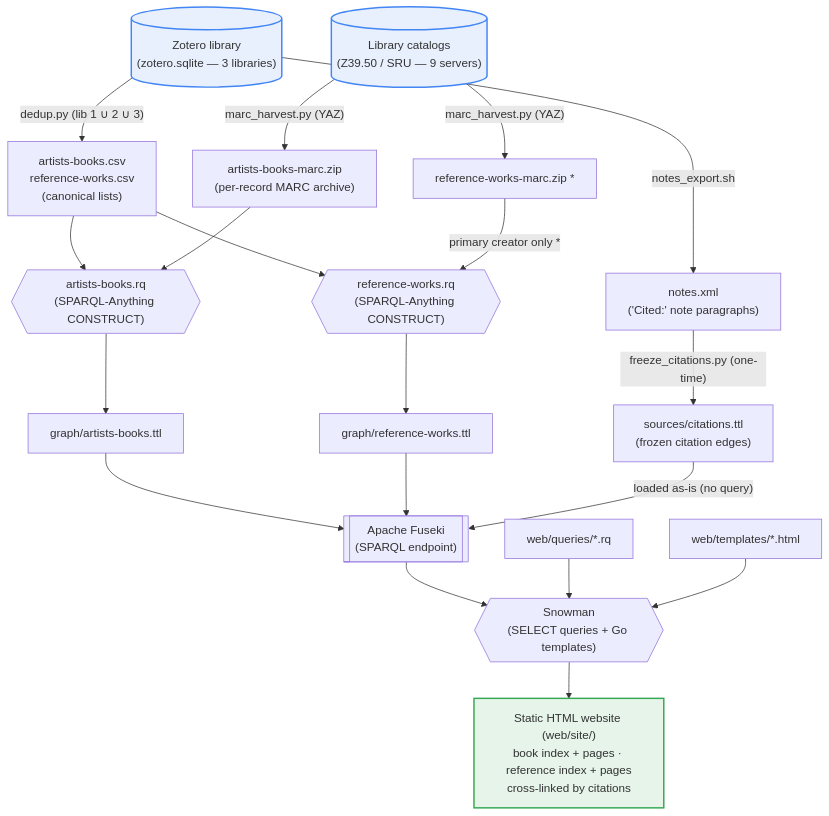
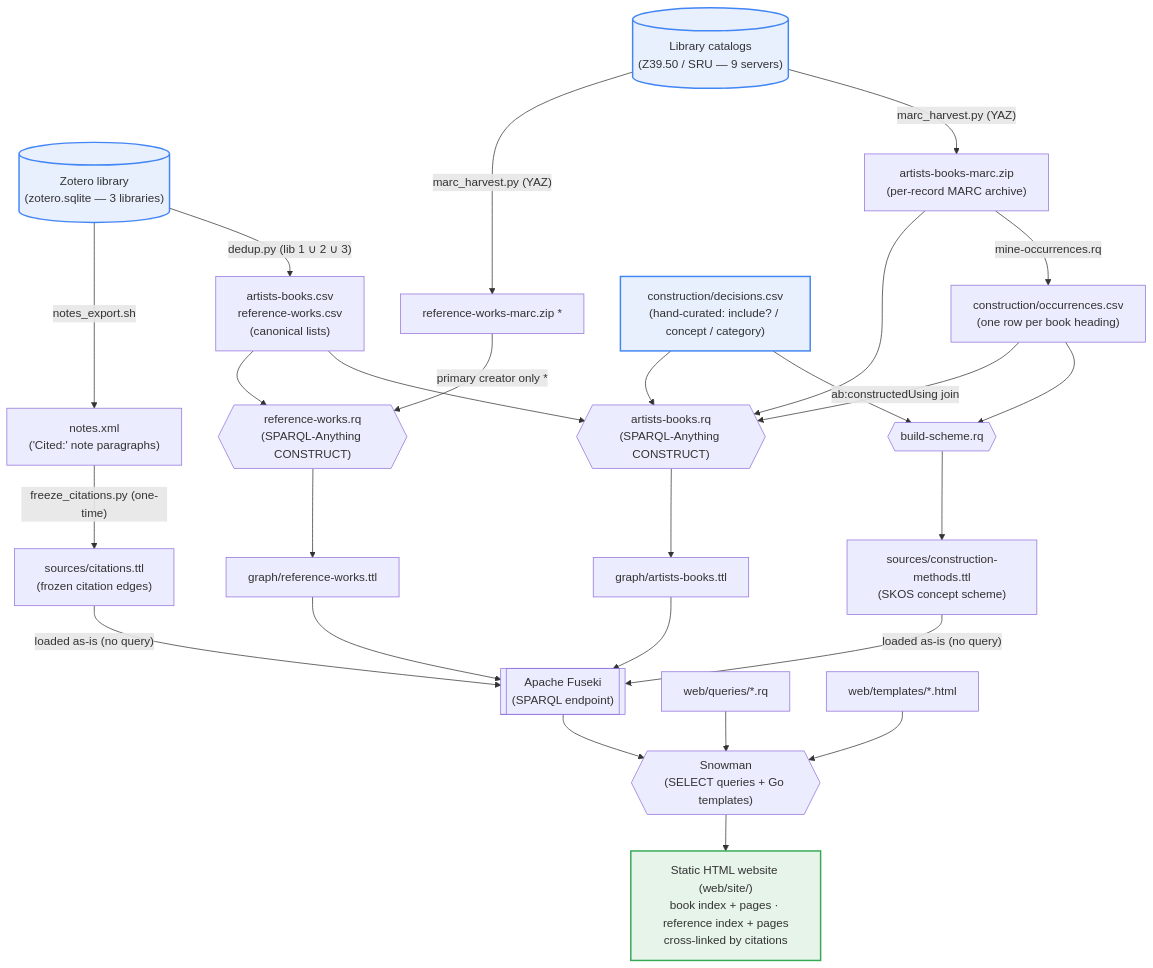
One commit to dkglab/artists-books changed the diagram in docs/PIPELINE.md. Above: the diagram before and after it, drawn with Mermaid. The commit also changed other lines of this file and 1 other file, not shown here.

First line of the commit message:
docs: document the construction-methods vocabulary in README + PIPELINE

````diff
--- a/docs/PIPELINE.md
+++ b/docs/PIPELINE.md
@@ -5,41 +5,50 @@
 ```mermaid
 flowchart TD
     %% ---- Inputs ----
     zotero[("Zotero library<br/>(zotero.sqlite — 3 libraries)")]
     catalogs[("Library catalogs<br/>(Z39.50 / SRU — 9 servers)")]
 
     %% ---- Stage 1: source extraction + one-time Phase-0 freeze (issue #82) ----
     zotero -->|"dedup.py (lib 1 ∪ 2 ∪ 3)"| csvs["artists-books.csv<br/>reference-works.csv<br/>(canonical lists)"]
     zotero -->|"notes_export.sh"| notes["notes.xml<br/>('Cited:' note paragraphs)"]
     notes -->|"freeze_citations.py (one-time)"| citttl["sources/citations.ttl<br/>(frozen citation edges)"]
 
     catalogs -->|"marc_harvest.py (YAZ)"| marc["artists-books-marc.zip<br/>(per-record MARC archive)"]
     catalogs -->|"marc_harvest.py (YAZ)"| refmarc["reference-works-marc.zip *"]
 
+    %% ---- Construction-methods SKOS vocabulary (mined from the book MARC) ----
+    marc -->|"mine-occurrences.rq"| cocc["construction/occurrences.csv<br/>(one row per book heading)"]
+    cocc --> cbuild{{"build-scheme.rq"}}
+    cdec["construction/decisions.csv<br/>(hand-curated: include? / concept / category)"] --> cbuild
+    cbuild --> cmttl["sources/construction-methods.ttl<br/>(SKOS concept scheme)"]
+
     %% ---- Stage 2: CONSTRUCT queries (SPARQL-Anything) ----
     csvs --> abrq{{"artists-books.rq<br/>(SPARQL-Anything CONSTRUCT)"}}
     marc --> abrq
+    cocc -->|"ab:constructedUsing join"| abrq
+    cdec --> abrq
     csvs --> refrq{{"reference-works.rq<br/>(SPARQL-Anything CONSTRUCT)"}}
     refmarc -->|"primary creator only *"| refrq
 
     abrq --> abttl["graph/artists-books.ttl"]
     refrq --> refttl["graph/reference-works.ttl"]
 
     %% ---- Stage 3: graph store ----
     abttl --> fuseki[["Apache Fuseki<br/>(SPARQL endpoint)"]]
     refttl --> fuseki
     citttl -->|"loaded as-is (no query)"| fuseki
+    cmttl -->|"loaded as-is (no query)"| fuseki
 
     %% ---- Stage 4: site generation ----
     fuseki --> snowman{{"Snowman<br/>(SELECT queries + Go templates)"}}
     selects["web/queries/*.rq"] --> snowman
     templates["web/templates/*.html"] --> snowman
 
     %% ---- Output ----
     snowman --> site["Static HTML website (web/site/)<br/>book index + pages · reference index + pages<br/>cross-linked by citations"]
 
     classDef input fill:#e8f0fe,stroke:#4285f4,stroke-width:2px;
     classDef output fill:#e6f4ea,stroke:#34a853,stroke-width:2px;
-    class zotero,catalogs input;
+    class zotero,catalogs,cdec input;
     class site output;
 ```
````
